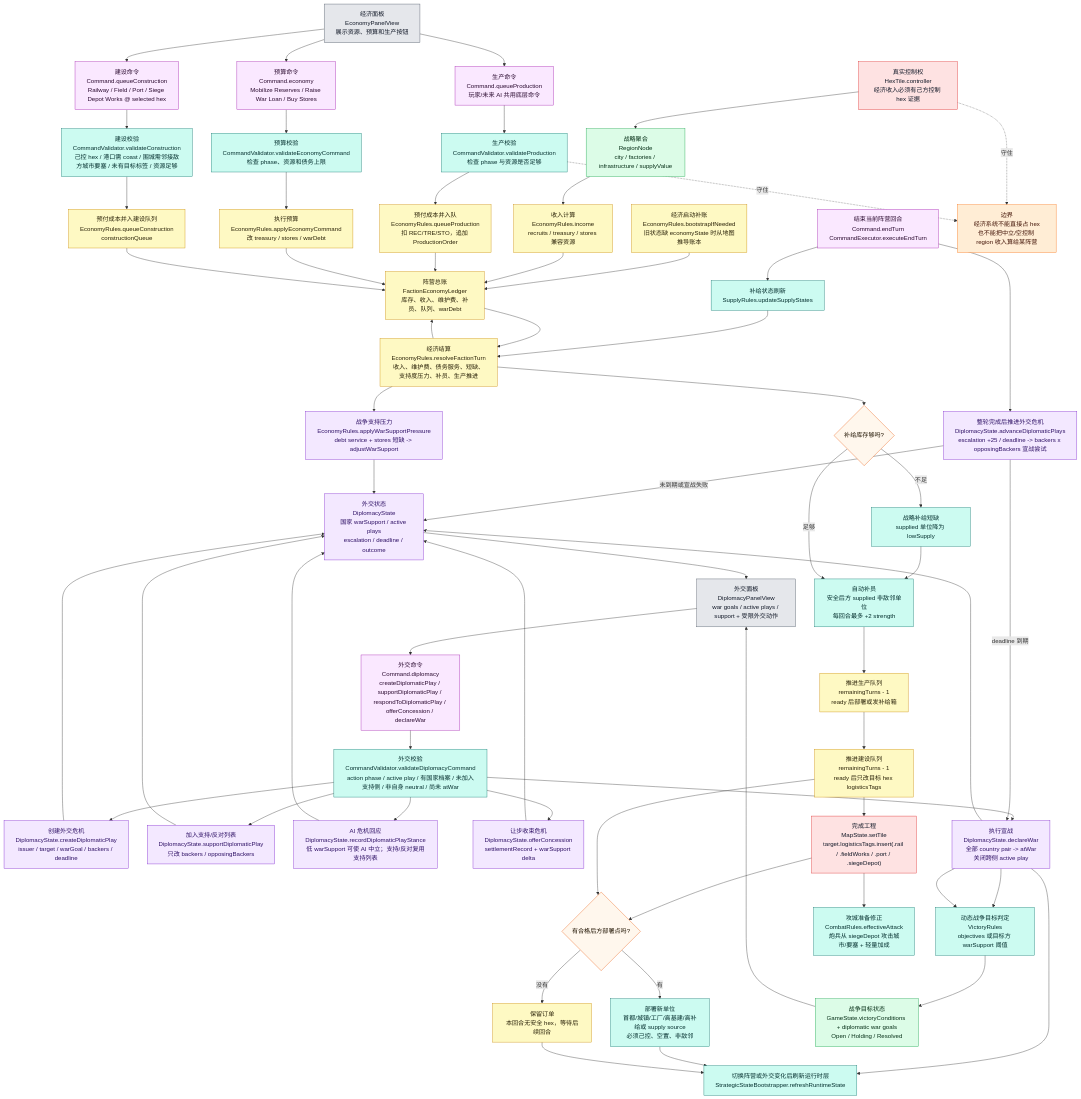
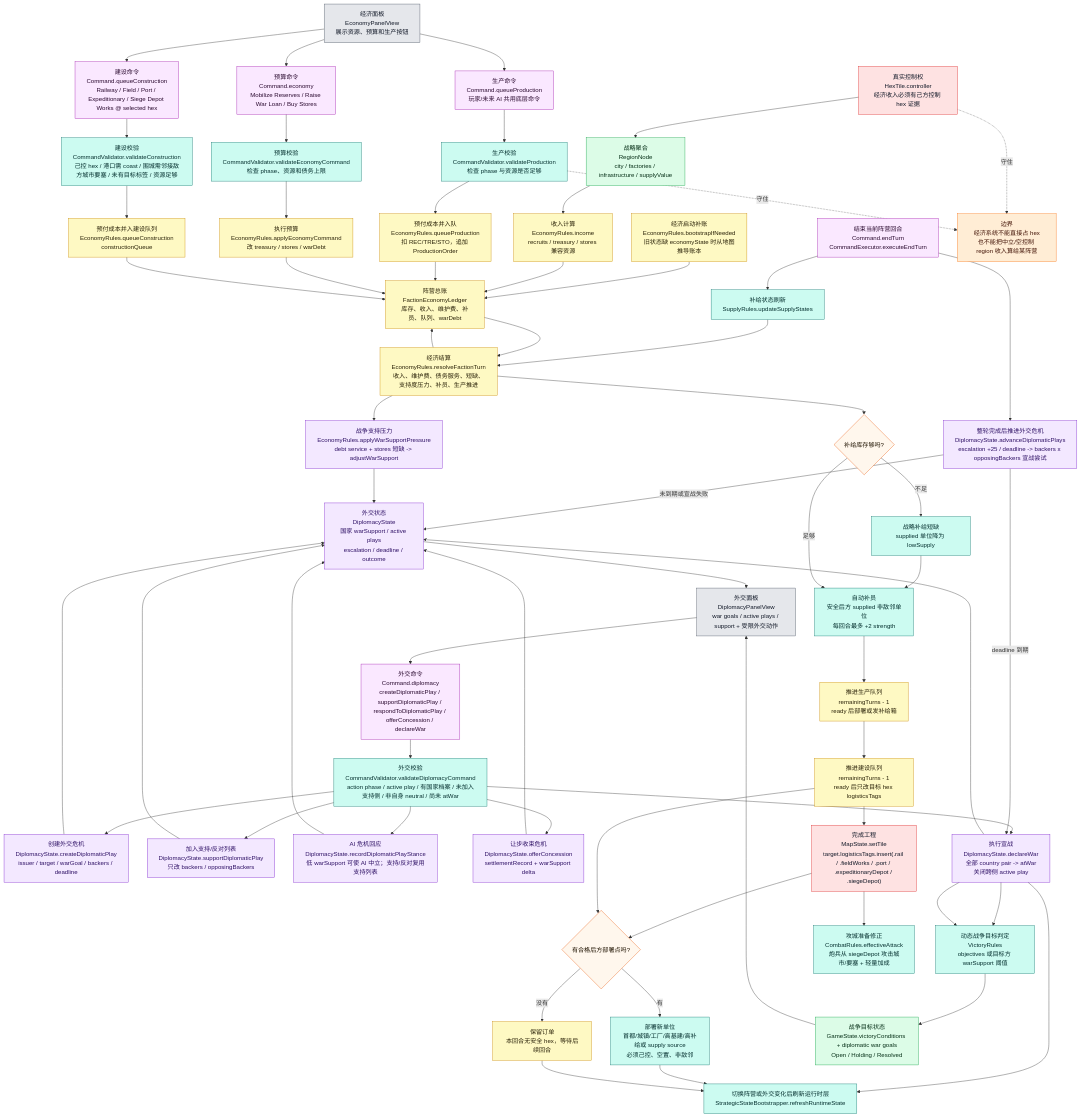
The fourth of 9 diagrams in md/flow/flowchart.md (Altman-sam114/126), drawn with Mermaid before and after one commit. The commit also changed 9 other files, not shown here.

Commit message:
feat(logistics): add expeditionary depot works

```diff
--- a/md/flow/flowchart.md
+++ b/md/flow/flowchart.md
@@ -219,7 +219,7 @@
     BUDGET["预算命令<br/>Command.economy<br/>Mobilize Reserves / Raise War Loan / Buy Stores"]:::command
     BVALID["预算校验<br/>CommandValidator.validateEconomyCommand<br/>检查 phase、资源和债务上限"]:::rules
     APPLYB["执行预算<br/>EconomyRules.applyEconomyCommand<br/>改 treasury / stores / warDebt"]:::economy
-    BUILD["建设命令<br/>Command.queueConstruction<br/>Railway / Field / Port / Siege Depot Works @ selected hex"]:::command
+    BUILD["建设命令<br/>Command.queueConstruction<br/>Railway / Field / Port / Expeditionary / Siege Depot Works @ selected hex"]:::command
     BLDVALID["建设校验<br/>CommandValidator.validateConstruction<br/>己控 hex / 港口需 coast / 围城需邻接敌方城市要塞 / 未有目标标签 / 资源足够"]:::rules
     BLDQUEUE["预付成本并入建设队列<br/>EconomyRules.queueConstruction<br/>constructionQueue"]:::economy
     DIP["外交状态<br/>DiplomacyState<br/>国家 warSupport / active plays<br/>escalation / deadline / outcome"]:::diplomacy
@@ -245,7 +245,7 @@
     DEPLOY{"有合格后方部署点吗?"}:::decision
     SPAWN["部署新单位<br/>首都/城镇/工厂/高基建/高补给或 supply source<br/>必须己控、空置、非敌邻"]:::rules
     WAIT["保留订单<br/>本回合无安全 hex，等待后续回合"]:::economy
-    RAIL["完成工程<br/>MapState.setTile<br/>target.logisticsTags.insert(.rail / .fieldWorks / .port / .siegeDepot)"]:::authority
+    RAIL["完成工程<br/>MapState.setTile<br/>target.logisticsTags.insert(.rail / .fieldWorks / .port / .expeditionaryDepot / .siegeDepot)"]:::authority
     SIEGE["攻城准备修正<br/>CombatRules.effectiveAttack<br/>炮兵从 siegeDepot 攻击城市/要塞 + 轻量加成"]:::rules
     NEXT["切换阵营或外交变化后刷新运行时层<br/>StrategicStateBootstrapper.refreshRuntimeState"]:::rules
     DIPUI["外交面板<br/>DiplomacyPanelView<br/>war goals / active plays / support + 受限外交动作"]:::ui
```
